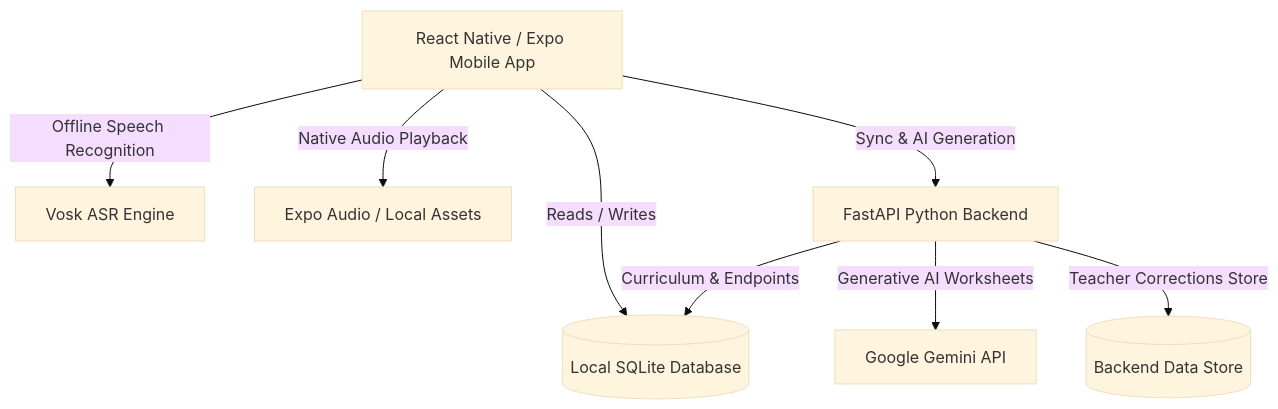
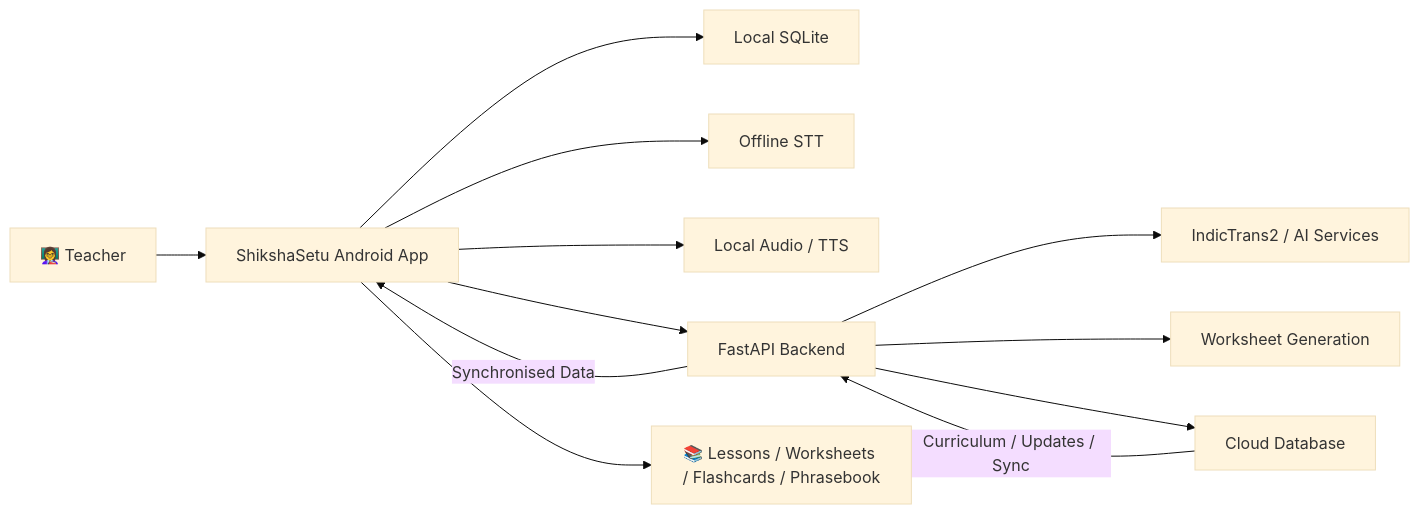
One commit to pavan201806/ShiksaSetu changed the diagram in README.md. Above: the diagram before and after it, drawn with Mermaid (base theme). The commit also changed other lines of this file, not shown here.

````diff
--- a/README.md
+++ b/README.md
@@ -55,10 +310,19 @@
 ```mermaid
-graph TD
-    A[React Native / Expo Mobile App] -->|Reads / Writes| B[(Local SQLite Database)]
-    A -->|Offline Speech Recognition| C[Vosk ASR Engine]
-    A -->|Native Audio Playback| D[Expo Audio / Local Assets]
-    A -->|Sync & AI Generation| E[FastAPI Python Backend]
-    E -->|Curriculum & Endpoints| B
-    E -->|Generative AI Worksheets| F[Google Gemini API]
-    E -->|Teacher Corrections Store| G[(Backend Data Store)]
+flowchart LR
+    T["👩‍🏫 Teacher"] --> A["ShikshaSetu Android App"]
+
+    A --> B["Local SQLite"]
+    A --> C["Offline STT"]
+    A --> D["Local Audio / TTS"]
+
+    A --> E["FastAPI Backend"]
+
+    E --> F["IndicTrans2 / AI Services"]
+    E --> G["Worksheet Generation"]
+    E --> H["Cloud Database"]
+
+    H -->|"Curriculum / Updates / Sync"| E
+    E -->|"Synchronised Data"| A
+
+    A --> S["📚 Lessons / Worksheets / Flashcards / Phrasebook"]
 ```
````
